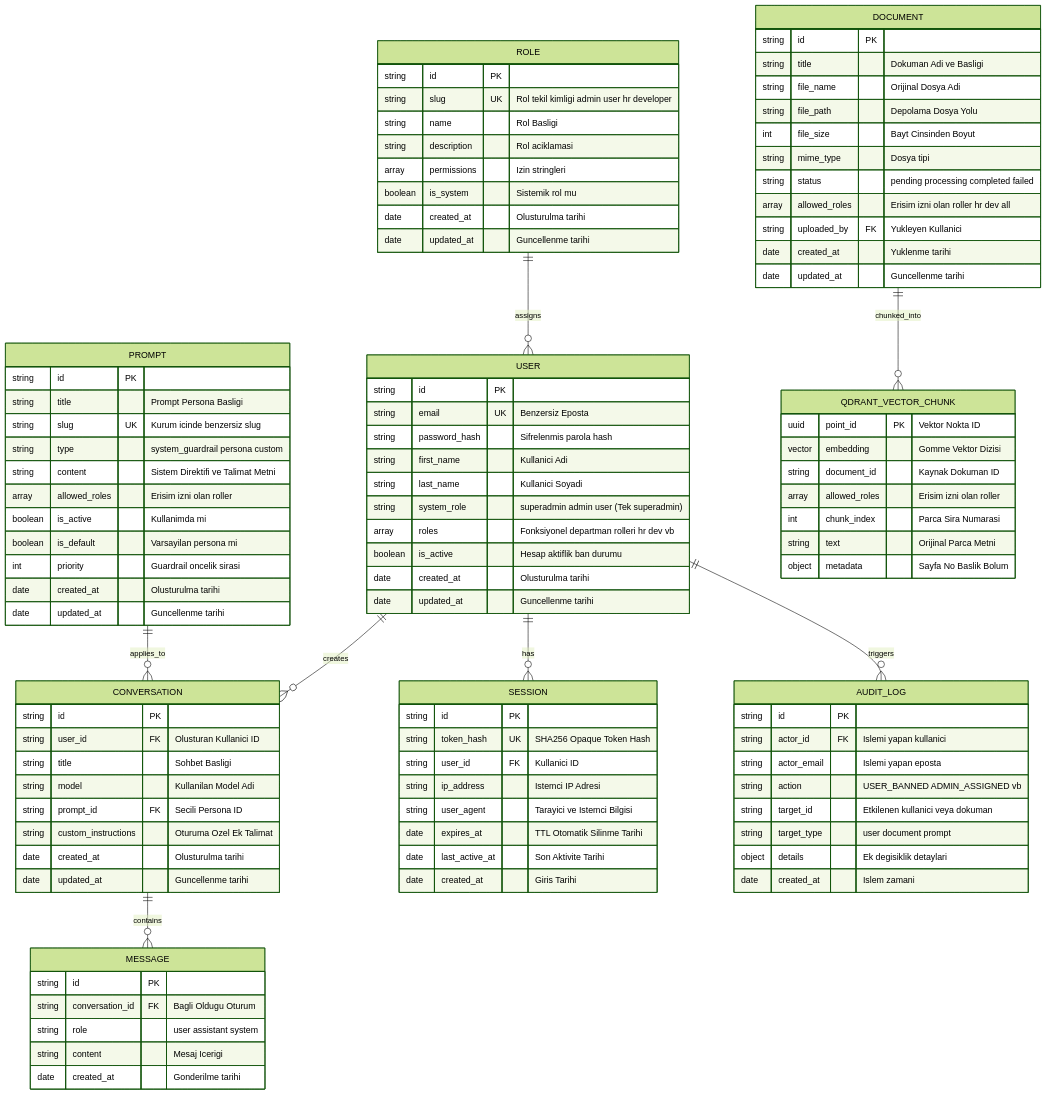
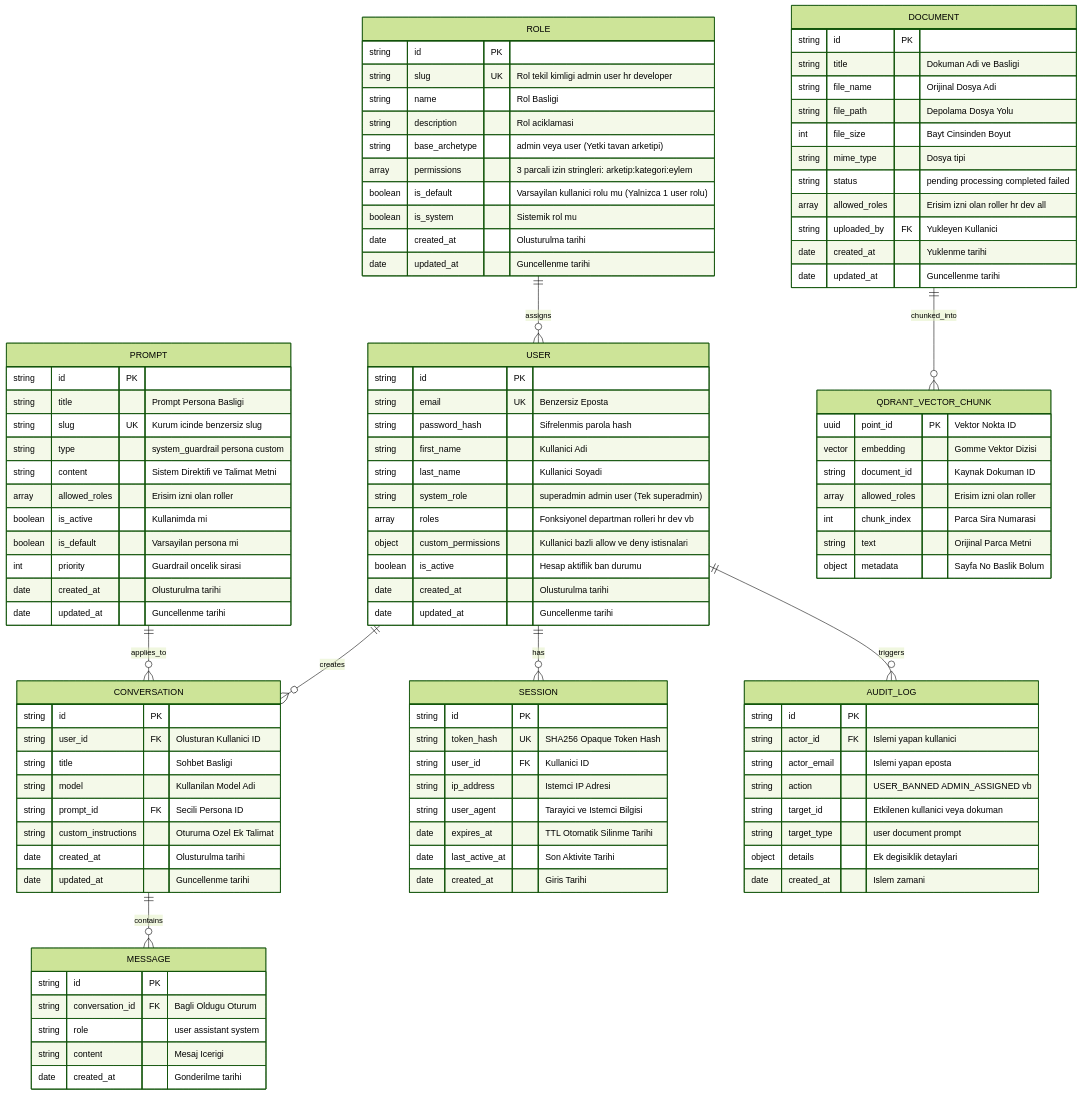
The first of 5 diagrams in documents/common/data_and_business_workflows.md (aemreceylan/localAIApp), drawn with Mermaid (forest theme) before and after one commit. The commit also changed other lines of this file and 34 other files, not shown here.

```diff
--- a/documents/common/data_and_business_workflows.md
+++ b/documents/common/data_and_business_workflows.md
@@ -41,7 +41,9 @@
         string slug UK "Rol tekil kimligi admin user hr developer"
         string name "Rol Basligi"
         string description "Rol aciklamasi"
-        array permissions "Izin stringleri"
+        string base_archetype "admin veya user (Yetki tavan arketipi)"
+        array permissions "3 parcali izin stringleri: arketip:kategori:eylem"
+        boolean is_default "Varsayilan kullanici rolu mu (Yalnizca 1 user rolu)"
         boolean is_system "Sistemik rol mu"
         date created_at "Olusturulma tarihi"
         date updated_at "Guncellenme tarihi"
@@ -55,6 +57,7 @@
         string last_name "Kullanici Soyadi"
         string system_role "superadmin admin user (Tek superadmin)"
         array roles "Fonksiyonel departman rolleri hr dev vb"
+        object custom_permissions "Kullanici bazli allow ve deny istisnalari"
         boolean is_active "Hesap aktiflik ban durumu"
         date created_at "Olusturulma tarihi"
         date updated_at "Guncellenme tarihi"
```
